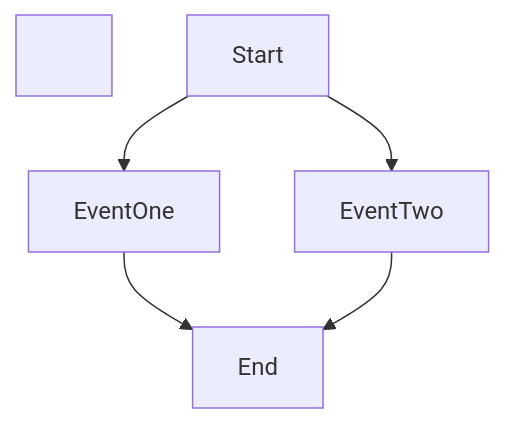
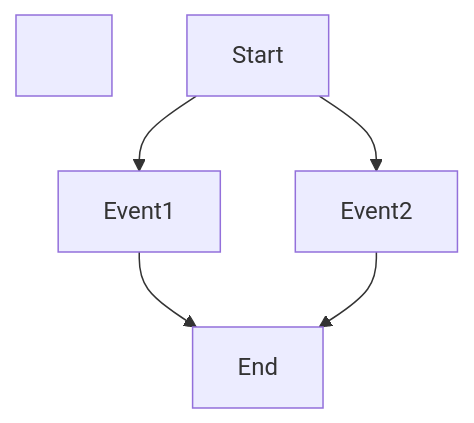
The diagram in README.md (LbsLundAW/DiceGame-Examples), drawn with Mermaid before and after one commit.

````diff
--- a/README.md
+++ b/README.md
@@ -7,13 +7,13 @@
 ```mermaid
 
-graph TD;
+flowchart TD;
 
-&nbsp;	Start-->EventOne;
+&nbsp;	Start-->Event1;
 
-&nbsp;	Start-->EventTwo;
+&nbsp;	Start-->Event2;
 
-&nbsp;	EventOne-->End;
+&nbsp;	Event1-->End;
 
-&nbsp;	EventTwo-->End;
+&nbsp;	Event2-->End;
 
 ```
````
